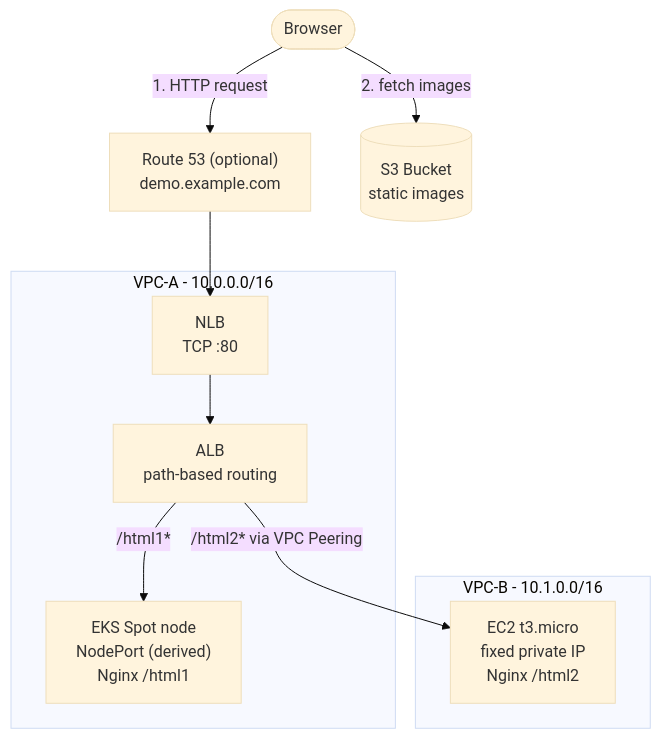
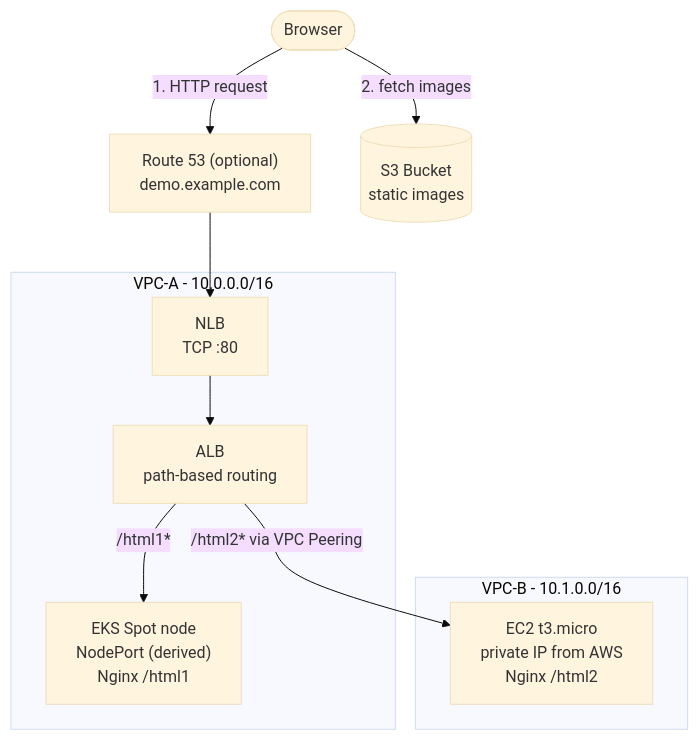
Before and after one commit to lucaskoh/demo_tf_for_aws: the first of 2 diagrams in README.md, drawn with Mermaid (base theme). The commit also changed other lines of this file and 7 other files, not shown here.

````diff
--- a/README.md
+++ b/README.md
@@ -42,24 +42,24 @@
 ```mermaid
 flowchart TB
     user([Browser])
     r53["Route 53 (optional)<br/>demo.example.com"]
     s3[("S3 Bucket<br/>static images")]
 
     user -->|"1. HTTP request"| r53
     user -->|"2. fetch images"| s3
 
     subgraph VPC_A["VPC-A - 10.0.0.0/16"]
         nlb["NLB<br/>TCP :80"]
         alb["ALB<br/>path-based routing"]
         eks["EKS Spot node<br/>NodePort (derived)<br/>Nginx /html1"]
         nlb --> alb
         alb -->|"/html1*"| eks
     end
 
     subgraph VPC_B["VPC-B - 10.1.0.0/16"]
-        ec2["EC2 t3.micro<br/>fixed private IP<br/>Nginx /html2"]
+        ec2["EC2 t3.micro<br/>private IP from AWS<br/>Nginx /html2"]
     end
 
     r53 --> nlb
     alb -->|"/html2* via VPC Peering"| ec2
 ```
````
